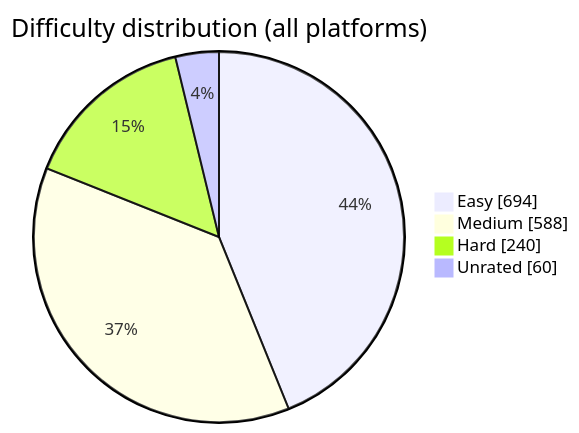
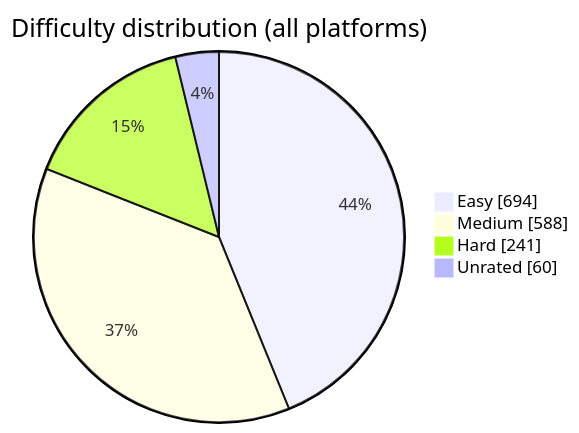
Before and after one commit to BuildbyArindam/Daily-Coding-Log: the diagram in README.md, drawn with Mermaid. The commit also changed other lines of this file, not shown here.

````diff
--- a/README.md
+++ b/README.md
@@ -93,7 +93,7 @@
 ```mermaid
 pie showData title Difficulty distribution (all platforms)
     "Easy" : 694
     "Medium" : 588
-    "Hard" : 240
+    "Hard" : 241
     "Unrated" : 60
 ```
````
